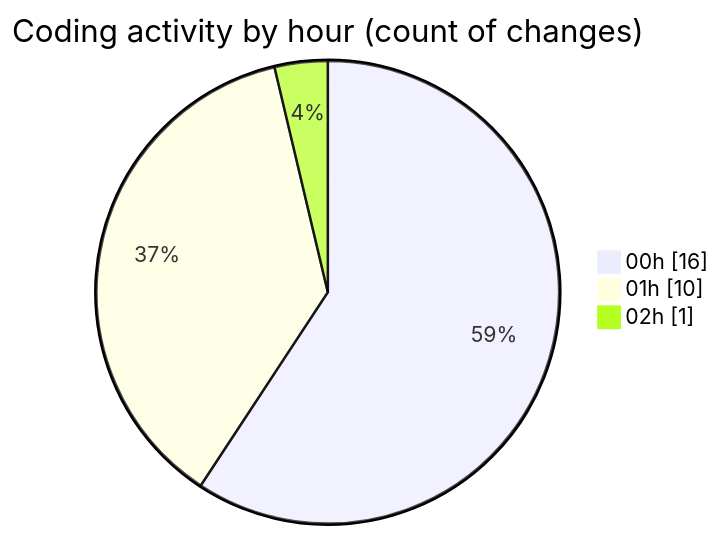
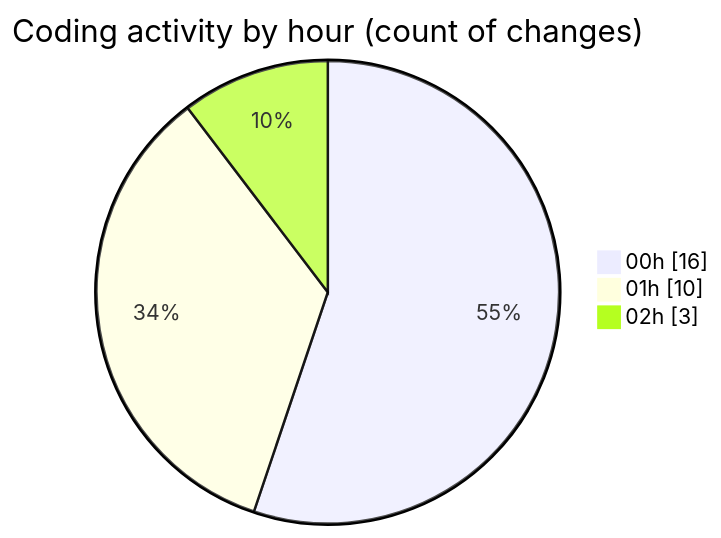
Before and after one commit to donsfak/code-tracking: the second of 2 diagrams in 2025-11-01/weather_insights_app/README.md, drawn with Mermaid. The commit also changed other lines of this file and 1 other file, not shown here.

````diff
--- a/2025-11-01/weather_insights_app/README.md
+++ b/2025-11-01/weather_insights_app/README.md
@@ -38,7 +38,7 @@
 ```mermaid
 pie showData
 title Coding activity by hour (count of changes)
 "00h" : 16
 "01h" : 10
-"02h" : 1
+"02h" : 3
 ```
````
